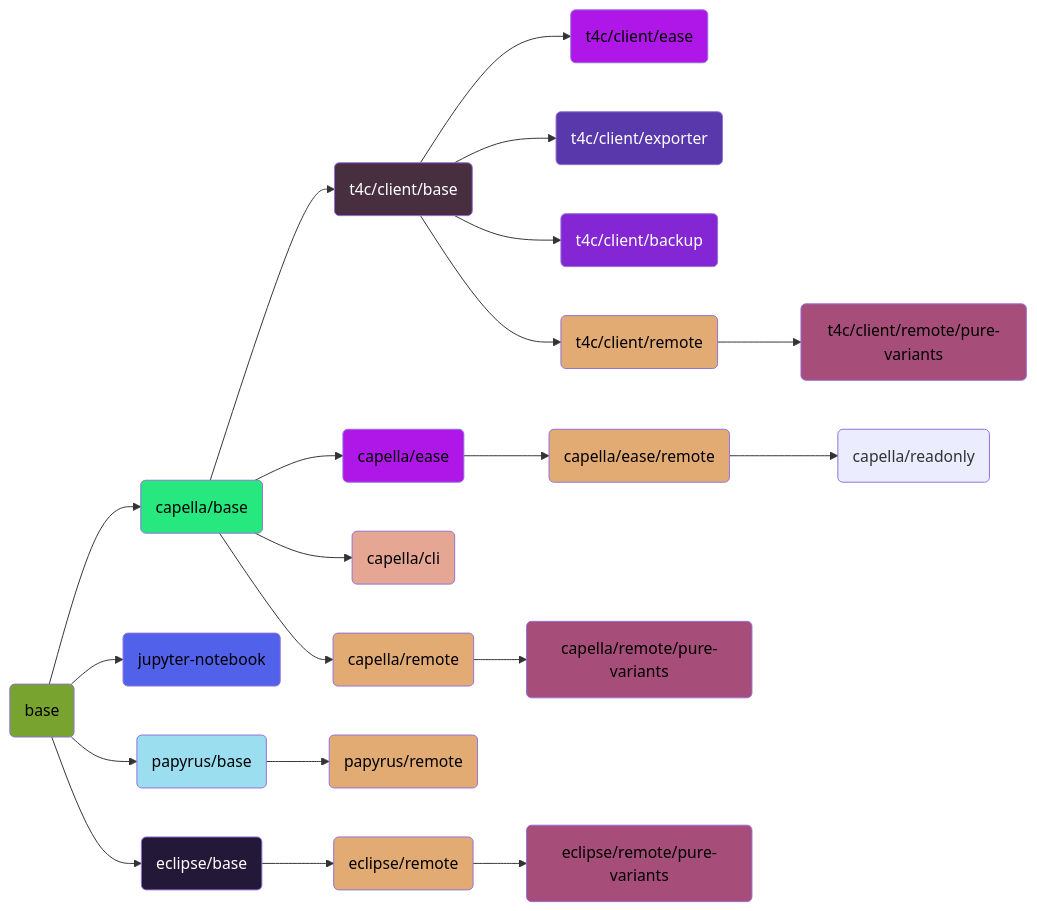
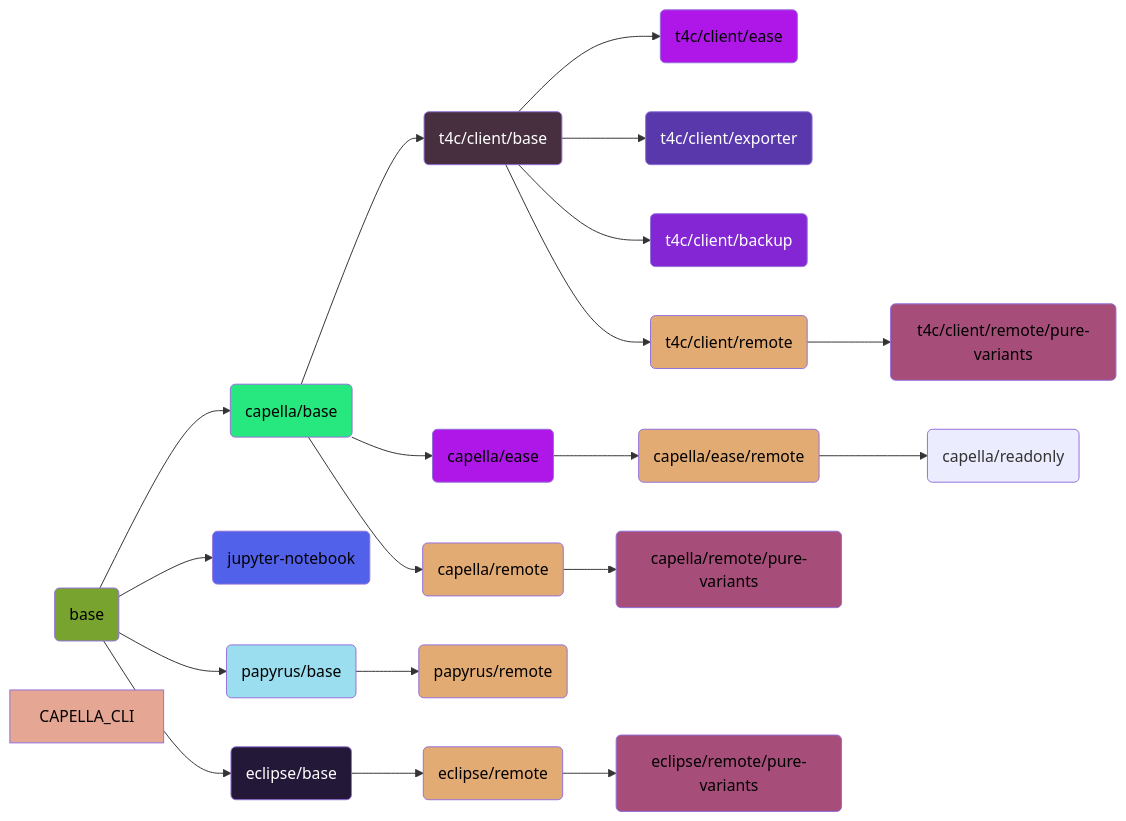
Before and after one commit to DSD-DBS/capella-dockerimages: the diagram in docs/docs/index.md, drawn with Mermaid. The commit also changed other lines of this file, not shown here.

Commit message:
docs: remove cli image from mermaid graph

````diff
--- a/docs/docs/index.md
+++ b/docs/docs/index.md
@@ -69,40 +69,39 @@
 ```mermaid
 flowchart LR
     BASE(base) --> CAPELLA_BASE(capella/base)
     BASE(base) --> JUPYTER(jupyter-notebook)
     BASE(base) --> PAPYRUS_BASE(papyrus/base) --> PAPYRUS_REMOTE(papyrus/remote)
     BASE(base) --> ECLIPSE_BASE(eclipse/base) --> ECLIPSE_REMOTE(eclipse/remote) --> ECLIPSE_REMOTE_PURE_VARIANTS(eclipse/remote/pure-variants)
     CAPELLA_BASE(capella/base) --> T4C_CLIENT_BASE(t4c/client/base)
     CAPELLA_BASE(capella/base) --> CAPELLA_EASE(capella/ease)
-    CAPELLA_BASE(capella/base) --> CAPELLA_CLI(capella/cli)
     T4C_CLIENT_BASE(t4c/client/base) --> T4C_CLIENT_EASE(t4c/client/ease)
     T4C_CLIENT_BASE(t4c/client/base) --> T4C_CLIENT_EXPORTER(t4c/client/exporter)
     T4C_CLIENT_BASE(t4c/client/base) --> T4C_CLIENT_BACKUP(t4c/client/backup)
     CAPELLA_BASE(capella/base) --> CAPELLA_REMOTE(capella/remote) --> CAPELLA_REMOTE_PURE_VARIANTS(capella/remote/pure-variants)
     T4C_CLIENT_BASE(t4c/client/base) --> T4C_CLIENT_REMOTE(t4c/client/remote) --> T4C_CLIENT_REMOTE_PURE_VARIANTS(t4c/client/remote/pure-variants)
     CAPELLA_EASE(capella/ease) --> CAPELLA_EASE_REMOTE(capella/ease/remote) --> CAPELLA_READONLY(capella/readonly)
 
     style BASE fill:#77a32e,color:#000000
     style CAPELLA_BASE fill:#27e87f,color:#000000
     style JUPYTER fill:#5161ea,color:#000000
     style PAPYRUS_BASE fill:#9adef0,color:#000000
     style ECLIPSE_BASE fill:#241839,color:#ffffff
     style T4C_CLIENT_BASE fill:#472f3f,color:#ffffff
     style CAPELLA_CLI fill:#e5a694,color:#000000
     style T4C_CLIENT_EXPORTER fill:#5938ac,color:#ffffff
     style T4C_CLIENT_BACKUP fill:#8426d4,color:#ffffff
 
     style CAPELLA_EASE fill:#ae17e7,color:#000000
     style T4C_CLIENT_EASE fill:#ae17e7,color:#000000
 
     style CAPELLA_REMOTE fill:#e3ab74,color:#000000
     style T4C_CLIENT_REMOTE fill:#e3ab74,color:#000000
     style CAPELLA_EASE_REMOTE fill:#e3ab74,color:#000000
     style ECLIPSE_REMOTE fill:#e3ab74,color:#000000
     style PAPYRUS_REMOTE fill:#e3ab74,color:#000000
 
     style CAPELLA_REMOTE_PURE_VARIANTS fill:#a64d79,color:#000000
     style T4C_CLIENT_REMOTE_PURE_VARIANTS fill:#a64d79,color:#000000
     style ECLIPSE_REMOTE_PURE_VARIANTS fill:#a64d79,color:#000000
 
 ```
````
